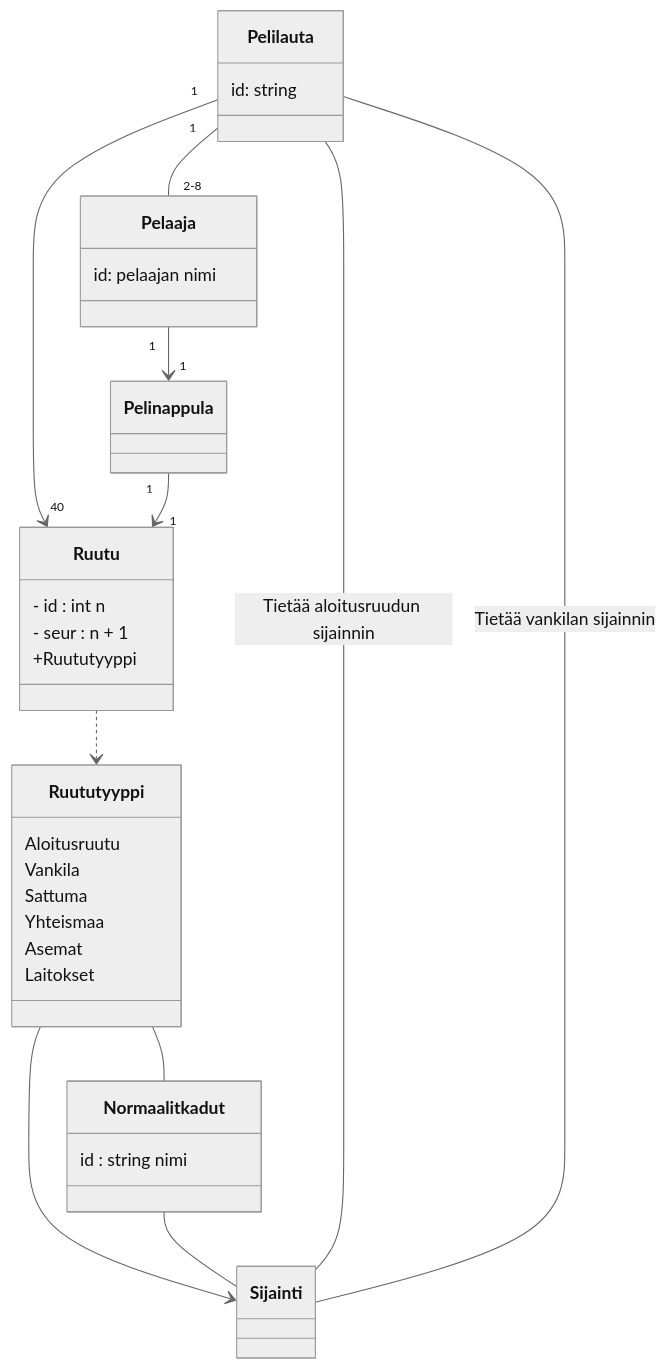
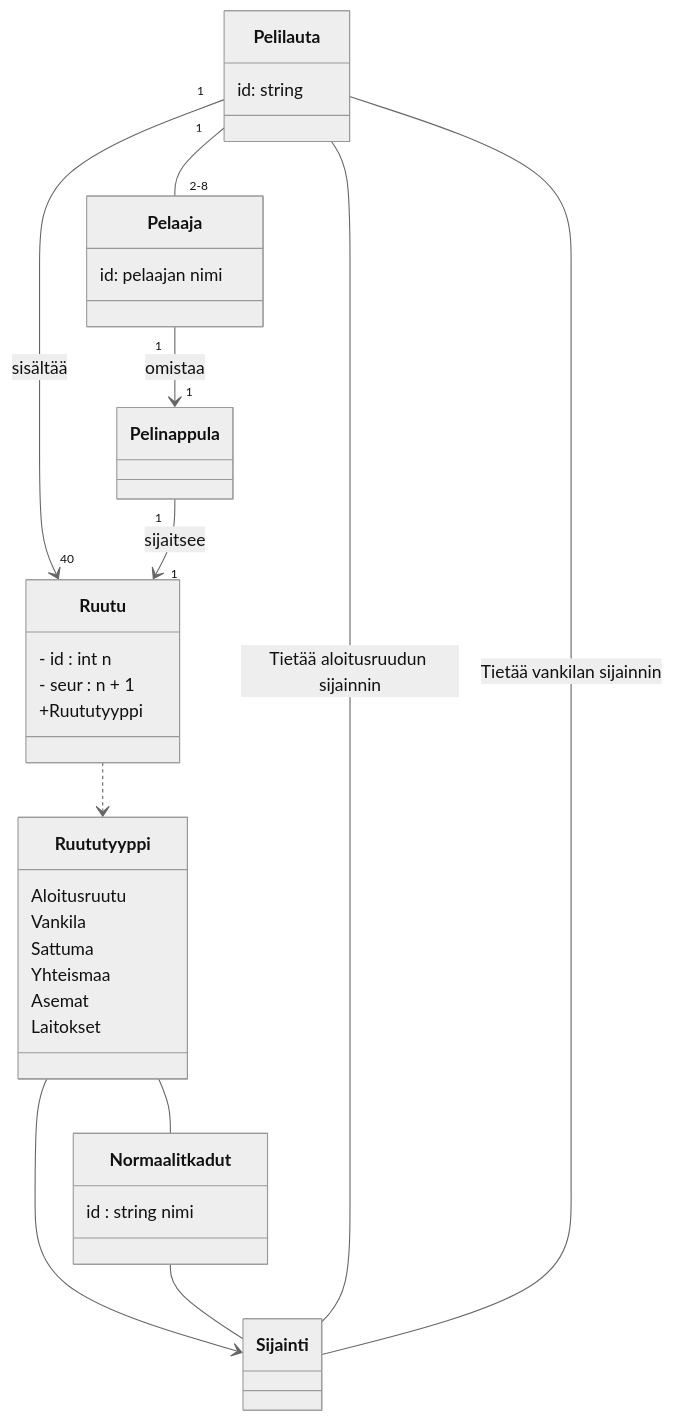
Before and after one commit to brotholi/ot-harjoitustyo: the diagram in laskarit/viikko3/monopoli.md, drawn with Mermaid (neutral theme).

````diff
--- a/laskarit/viikko3/monopoli.md
+++ b/laskarit/viikko3/monopoli.md
@@ -1,61 +1,61 @@
 ```mermaid
  classDiagram
     
     
     class Pelaaja {
         id: pelaajan nimi
     }
 
     class Pelilauta {
      id: string   
     }
     
     
     class Ruutu {
     - id : int n
     - seur : n + 1
      +Ruututyyppi 
     
     }
     
     class Ruututyyppi {
      Aloitusruutu
      Vankila
      Sattuma
      Yhteismaa
      Asemat
      Laitokset
    
     }
     
     
 
     class Normaalit kadut {
     id : string nimi
     }
          
     class Pelinappula {
     }
     
 
     Pelilauta "1" -- "2-8" Pelaaja
 
-    Pelaaja "1" --> "1" Pelinappula
-    Pelilauta "1" --> "40" Ruutu
-    Pelinappula "1" --> "1" Ruutu
+    Pelaaja "1" --> "1" Pelinappula : omistaa
+    Pelilauta "1" --> "40" Ruutu : sisältää
+    Pelinappula "1" --> "1" Ruutu : sijaitsee
 
 
     
     Ruututyyppi --> Sijainti
     Ruutu ..> Ruututyyppi
     Ruututyyppi -- Normaalit kadut
     Normaalit kadut -- Sijainti
     
     Pelilauta -- Sijainti : Tietää aloitusruudun sijainnin
     Pelilauta -- Sijainti : Tietää vankilan sijainnin
     
     
 
 
     
 ```
````
